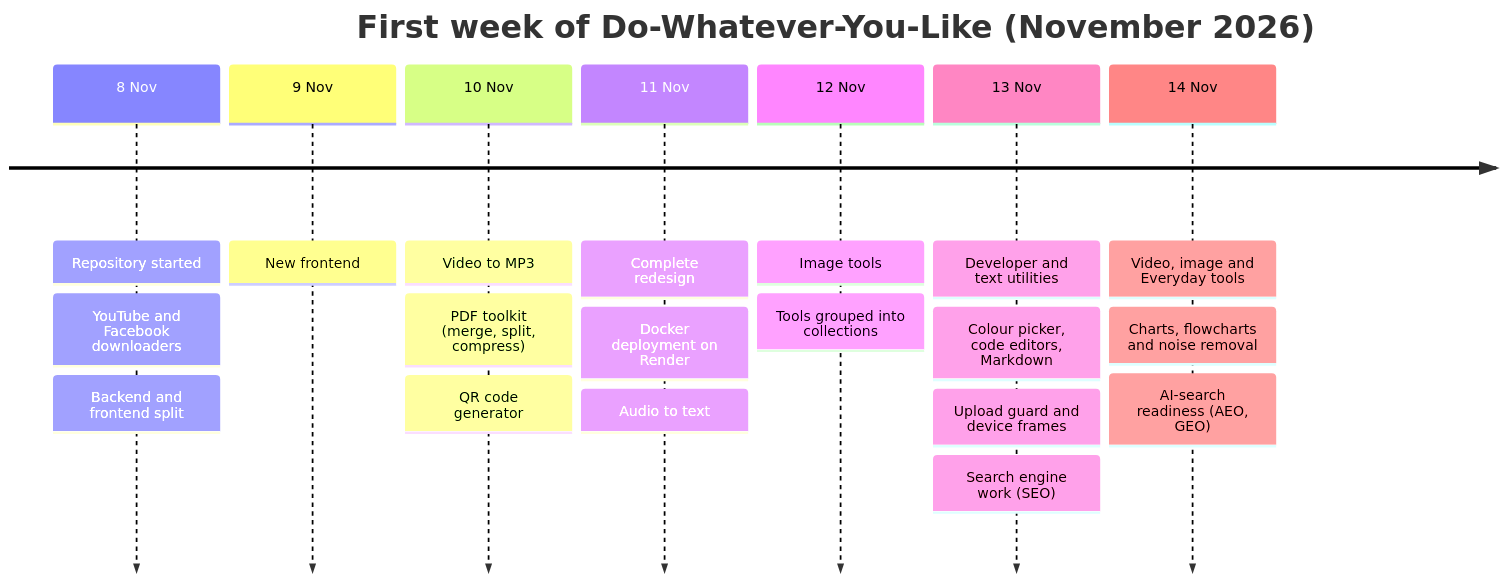
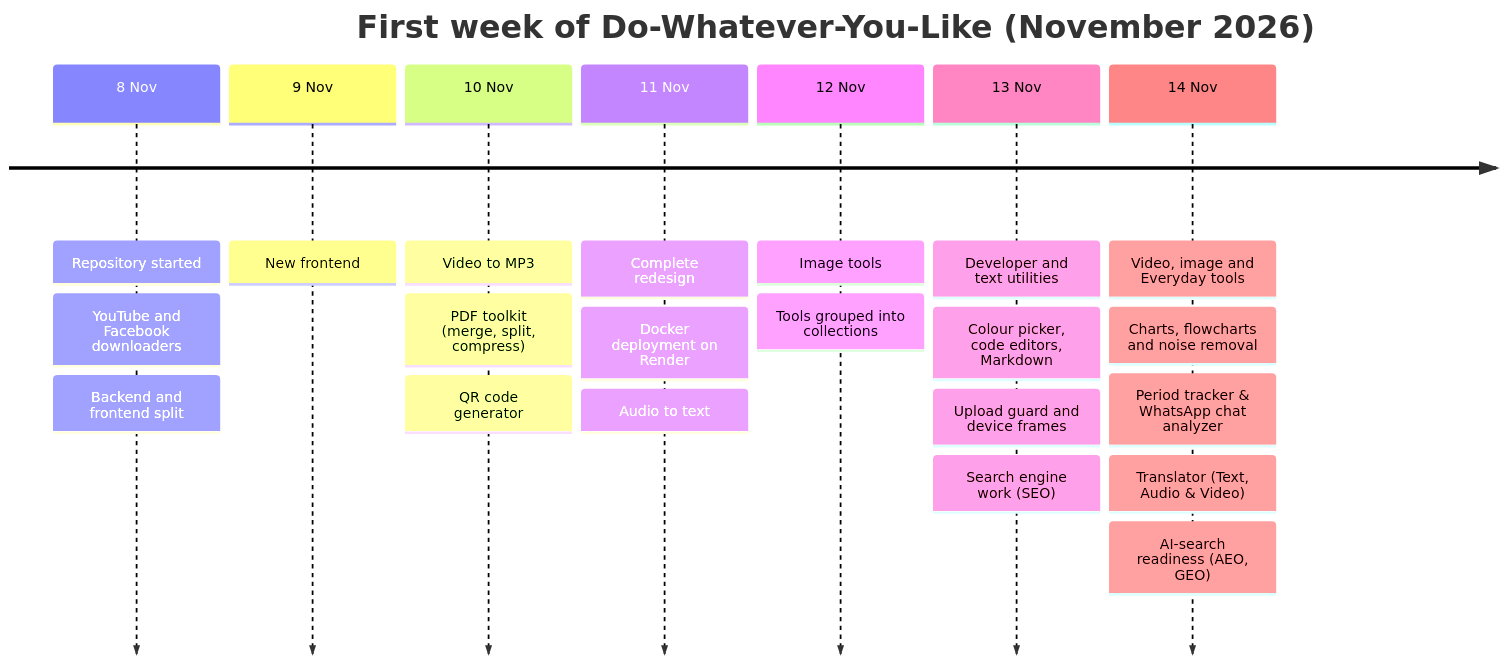
The first of 3 diagrams in README.md (colddsam/do-whatever-you-like), drawn with Mermaid before and after one commit. The commit also changed other lines of this file and 35 other files, not shown here.

````diff
--- a/README.md
+++ b/README.md
@@ -360,23 +384,25 @@
 ```mermaid
 timeline
     title First week of Do-Whatever-You-Like (November 2026)
     8 Nov : Repository started
           : YouTube and Facebook downloaders
           : Backend and frontend split
     9 Nov : New frontend
     10 Nov : Video to MP3
            : PDF toolkit (merge, split, compress)
            : QR code generator
     11 Nov : Complete redesign
            : Docker deployment on Render
            : Audio to text
     12 Nov : Image tools
            : Tools grouped into collections
     13 Nov : Developer and text utilities
            : Colour picker, code editors, Markdown
            : Upload guard and device frames
            : Search engine work (SEO)
     14 Nov : Video, image and Everyday tools
            : Charts, flowcharts and noise removal
+           : Period tracker & WhatsApp chat analyzer
+           : Translator (Text, Audio & Video)
            : AI-search readiness (AEO, GEO)
 ```
````
